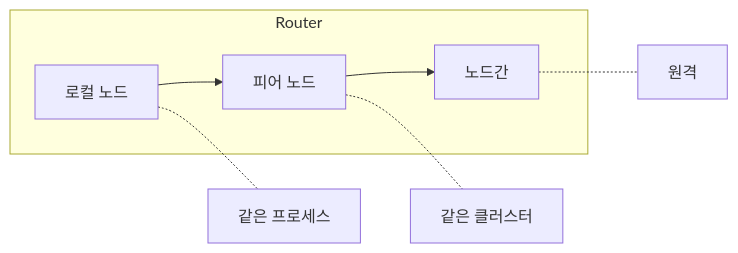
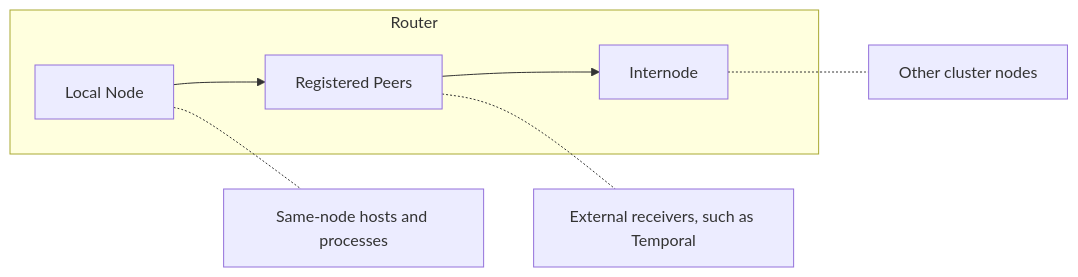
The third of 3 diagrams in ko/internals/architecture.md (wippyai/docs), drawn with Mermaid before and after one commit. The commit also changed other lines of this file and 3 other files, not shown here.

````diff
--- a/ko/internals/architecture.md
+++ b/ko/internals/architecture.md
@@ -170,11 +169,11 @@
 ```mermaid
 flowchart LR
     subgraph Router
-        Local[로컬 노드] --> Peer[피어 노드]
-        Peer --> Inter[노드간]
+        Local[Local Node] --> Peer[Registered Peers]
+        Peer --> Inter[Internode]
     end
 
-    Local -.- L[같은 프로세스]
-    Peer -.- P[같은 클러스터]
-    Inter -.- I[원격]
+    Local -.- L[Same-node hosts and processes]
+    Peer -.- P[External receivers, such as Temporal]
+    Inter -.- I[Other cluster nodes]
 ```
````
